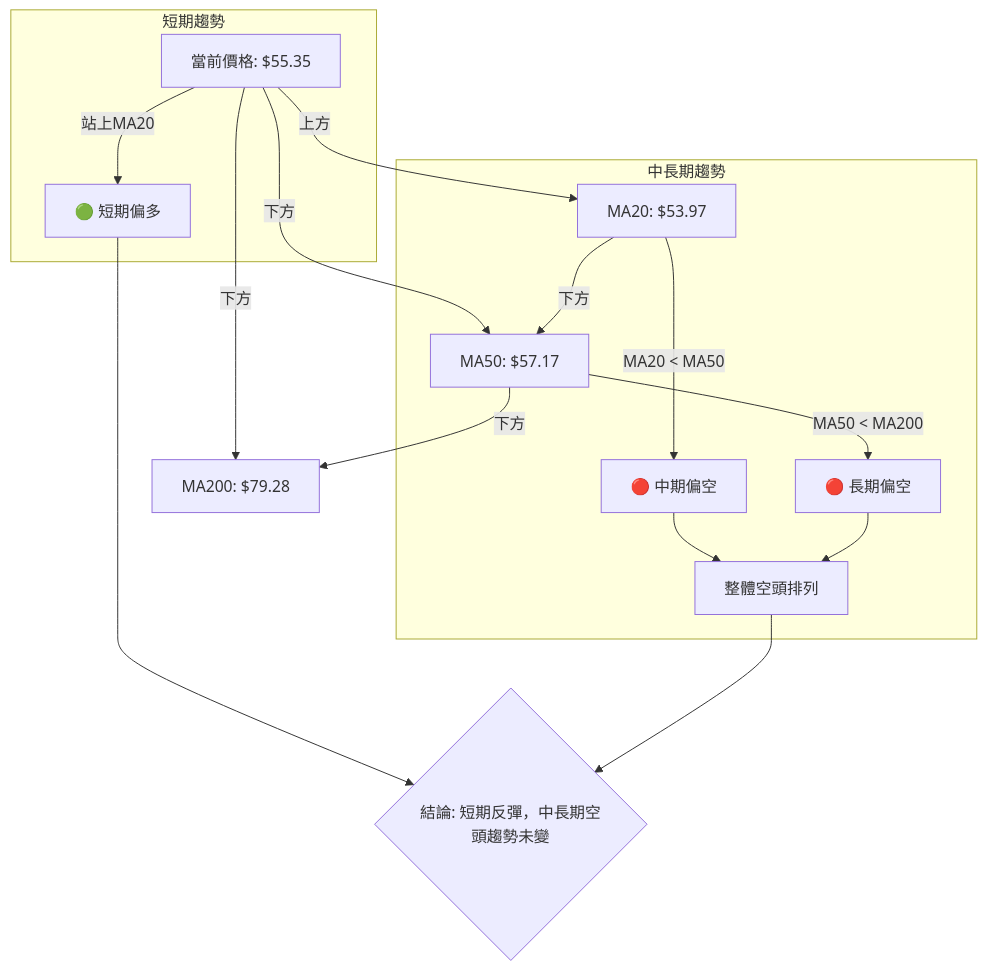
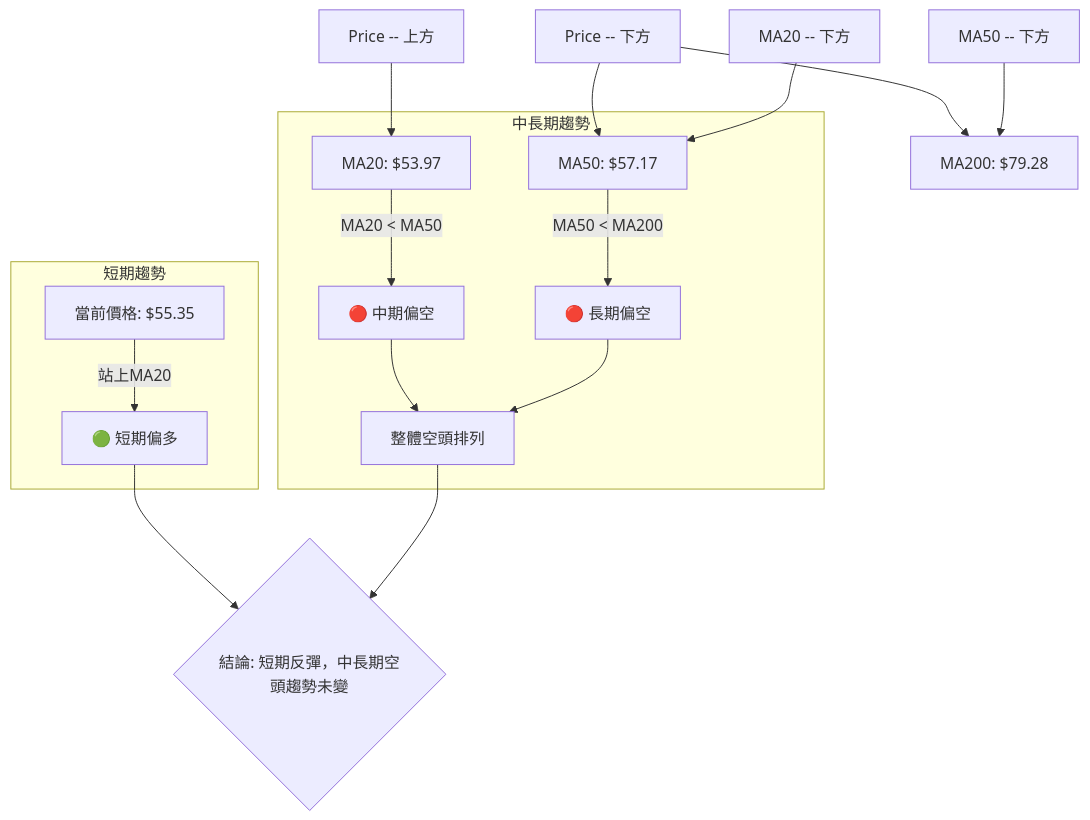
Before and after one commit to yennanliu/finance_data: the seventh of 11 diagrams in ai_gen_report/stock/ktos/technical_analysis_2026-07-06_gemini.md, drawn with Mermaid. The commit also changed other lines of this file and 2258 other files, not shown here.

First line of the commit message:
chore: backfill Mermaid syntax repair across existing reports

````diff
--- a/ai_gen_report/stock/ktos/technical_analysis_2026-07-06_gemini.md
+++ b/ai_gen_report/stock/ktos/technical_analysis_2026-07-06_gemini.md
@@ -437,26 +437,26 @@
 ```mermaid
 graph TD
     Price["當前價格: $55.35"]
     MA20["MA20: $53.97"]
     MA50["MA50: $57.17"]
     MA200["MA200: $79.28"]
 
-    Price -- "上方" --> MA20
-    Price -- "下方" --> MA50
-    Price -- "下方" --> MA200
+    nb1["Price -- "上方""] --> MA20
+    nb2["Price -- "下方""] --> MA50
+    nb2["Price -- "下方""] --> MA200
 
-    MA20 -- "下方" --> MA50
-    MA50 -- "下方" --> MA200
+    nb3["MA20 -- "下方""] --> MA50
+    nb4["MA50 -- "下方""] --> MA200
 
     subgraph 短期趨勢
         Price -- "站上MA20" --> ShortTermBullish["🟢 短期偏多"]
     end
 
     subgraph 中長期趨勢
         MA20 -- "MA20 < MA50" --> MidTermBearish["🔴 中期偏空"]
         MA50 -- "MA50 < MA200" --> LongTermBearish["🔴 長期偏空"]
         MidTermBearish & LongTermBearish --> OverallBearish["整體空頭排列"]
     end
 
     ShortTermBullish & OverallBearish --> Conclusion{"結論: 短期反彈，中長期空頭趨勢未變"}
 ```
````
